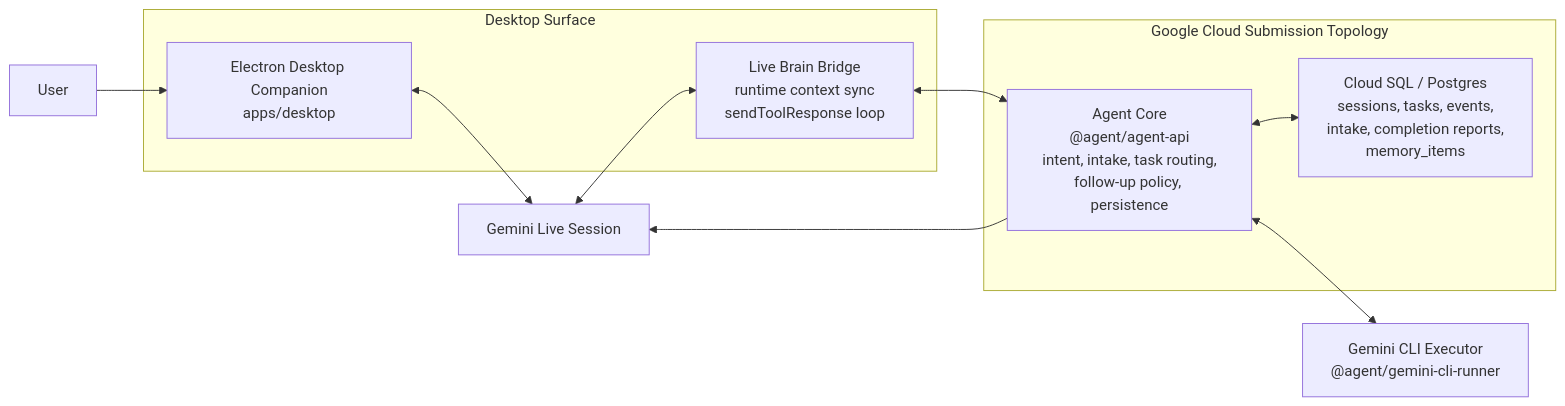
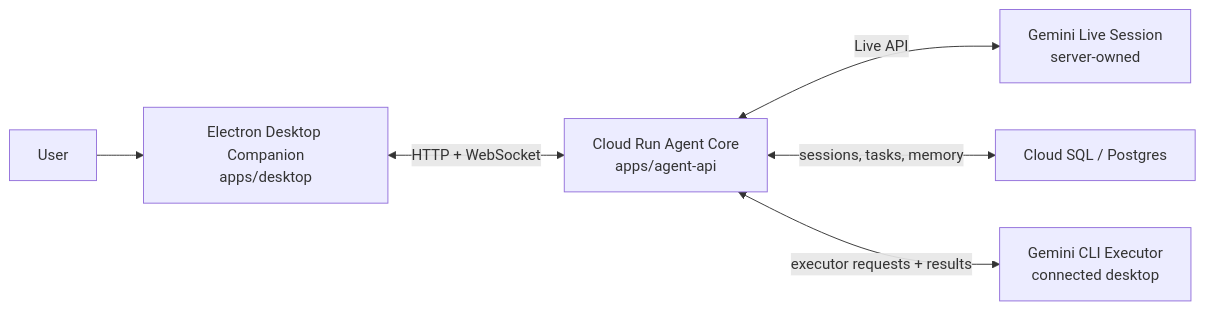
One commit to jongwoo01/relay-voice-agent changed the diagram in docs/architecture.md. Above: the diagram before and after it, drawn with Mermaid. The commit also changed other lines of this file and 5 other files, not shown here.

````diff
--- a/docs/architecture.md
+++ b/docs/architecture.md
@@ -7,28 +7,15 @@
 ```mermaid
 flowchart LR
     user["User"]
     desktop["Electron Desktop Companion\napps/desktop"]
-    live["Gemini Live Session"]
-    bridge["Live Brain Bridge\nruntime context sync\nsendToolResponse loop"]
-    core["Agent Core\n@agent/agent-api\nintent, intake, task routing,\nfollow-up policy, persistence"]
-    exec["Gemini CLI Executor\n@agent/gemini-cli-runner"]
-    db["Cloud SQL / Postgres\nsessions, tasks, events,\nintake, completion reports,\nmemory_items"]
-
-    subgraph client["Desktop Surface"]
-      desktop
-      bridge
-    end
-
-    subgraph google["Google Cloud Submission Topology"]
-      core
-      db
-    end
+    cloud["Cloud Run Agent Core\napps/agent-api"]
+    live["Gemini Live Session\nserver-owned"]
+    db["Cloud SQL / Postgres"]
+    cli["Gemini CLI Executor\nconnected desktop"]
 
     user --> desktop
-    desktop <--> live
-    live <--> bridge
-    bridge <--> core
-    core <--> exec
-    core <--> db
-    core --> live
+    desktop <-->|HTTP + WebSocket| cloud
+    cloud <-->|Live API| live
+    cloud <-->|sessions, tasks, memory| db
+    cloud <-->|executor requests + results| cli
 ```
````
